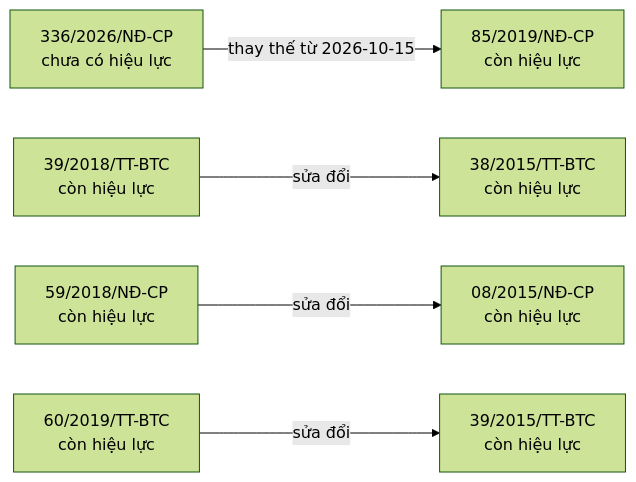
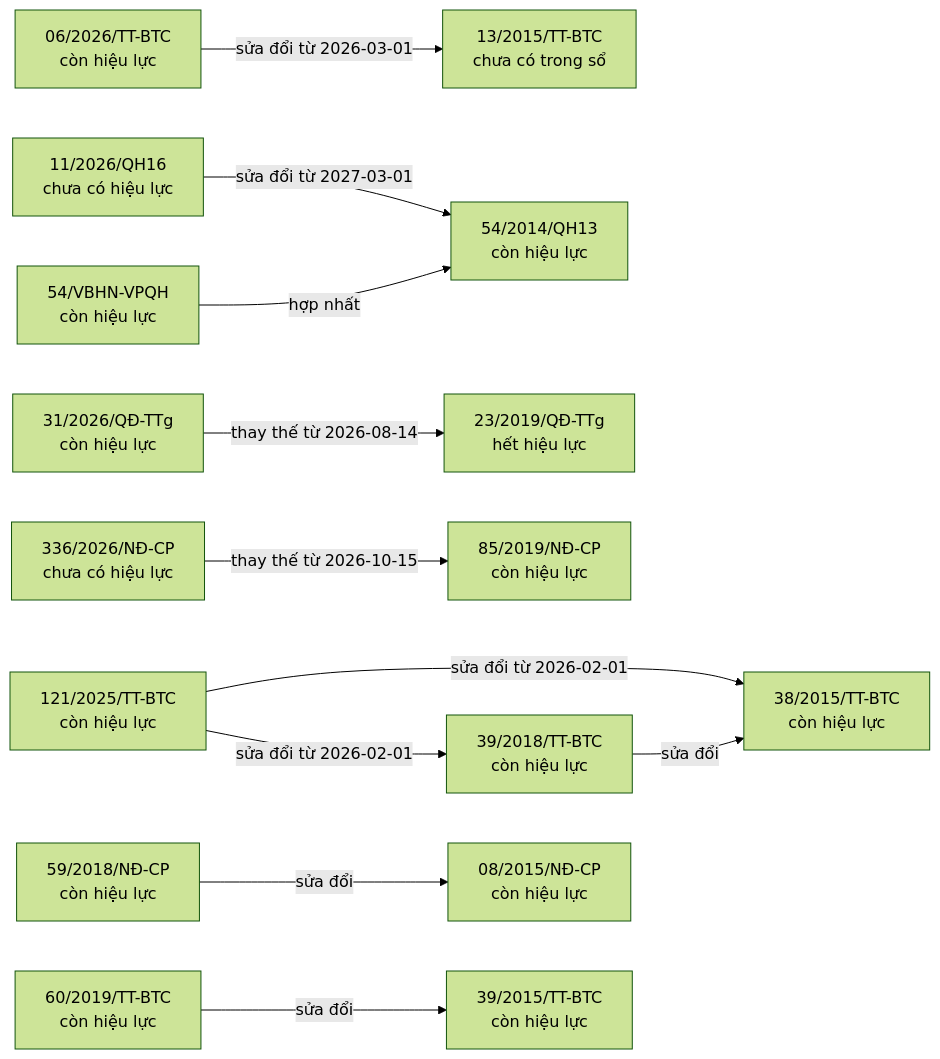
Before and after one commit to ozvietnam/oz-wiki-plhq: the second of 8 diagrams in bao-cao/quan-he.md, drawn with Mermaid (forest theme). The commit also changed other lines of this file and 4 other files, not shown here.

````diff
--- a/bao-cao/quan-he.md
+++ b/bao-cao/quan-he.md
@@ -19,15 +19,29 @@
 ```mermaid
 flowchart LR
+  n_06_2026_TT_BTC["06/2026/TT-BTC<br/>còn hiệu lực"]
+  n_13_2015_TT_BTC["13/2015/TT-BTC<br/>chưa có trong sổ"]
+  n_11_2026_QH16["11/2026/QH16<br/>chưa có hiệu lực"]
+  n_54_2014_QH13["54/2014/QH13<br/>còn hiệu lực"]
+  n_121_2025_TT_BTC["121/2025/TT-BTC<br/>còn hiệu lực"]
+  n_38_2015_TT_BTC["38/2015/TT-BTC<br/>còn hiệu lực"]
+  n_39_2018_TT_BTC["39/2018/TT-BTC<br/>còn hiệu lực"]
+  n_31_2026_Q__TTg["31/2026/QĐ-TTg<br/>còn hiệu lực"]
+  n_23_2019_Q__TTg["23/2019/QĐ-TTg<br/>hết hiệu lực"]
   n_336_2026_N__CP["336/2026/NĐ-CP<br/>chưa có hiệu lực"]
   n_85_2019_N__CP["85/2019/NĐ-CP<br/>còn hiệu lực"]
-  n_39_2018_TT_BTC["39/2018/TT-BTC<br/>còn hiệu lực"]
-  n_38_2015_TT_BTC["38/2015/TT-BTC<br/>còn hiệu lực"]
+  n_54_VBHN_VPQH["54/VBHN-VPQH<br/>còn hiệu lực"]
   n_59_2018_N__CP["59/2018/NĐ-CP<br/>còn hiệu lực"]
   n_08_2015_N__CP["08/2015/NĐ-CP<br/>còn hiệu lực"]
   n_60_2019_TT_BTC["60/2019/TT-BTC<br/>còn hiệu lực"]
   n_39_2015_TT_BTC["39/2015/TT-BTC<br/>còn hiệu lực"]
+  n_06_2026_TT_BTC -->|sửa đổi từ 2026-03-01| n_13_2015_TT_BTC
+  n_11_2026_QH16 -->|sửa đổi từ 2027-03-01| n_54_2014_QH13
+  n_121_2025_TT_BTC -->|sửa đổi từ 2026-02-01| n_38_2015_TT_BTC
+  n_121_2025_TT_BTC -->|sửa đổi từ 2026-02-01| n_39_2018_TT_BTC
+  n_31_2026_Q__TTg -->|thay thế từ 2026-08-14| n_23_2019_Q__TTg
   n_336_2026_N__CP -->|thay thế từ 2026-10-15| n_85_2019_N__CP
   n_39_2018_TT_BTC -->|sửa đổi| n_38_2015_TT_BTC
+  n_54_VBHN_VPQH -->|hợp nhất| n_54_2014_QH13
   n_59_2018_N__CP -->|sửa đổi| n_08_2015_N__CP
   n_60_2019_TT_BTC -->|sửa đổi| n_39_2015_TT_BTC
 ```
````
